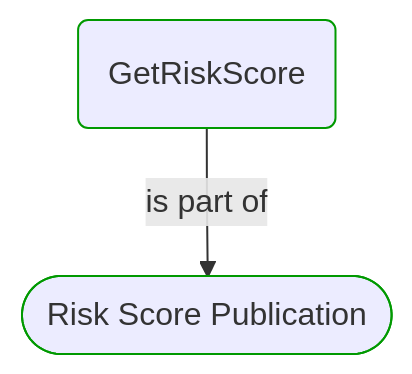
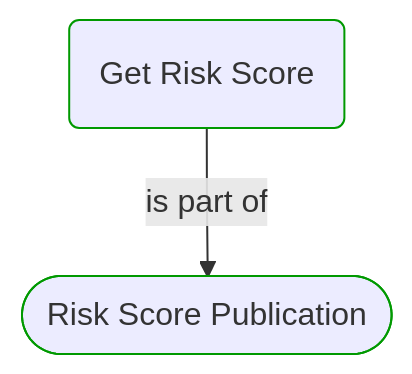
The diagram in Docs/P3/MermaidOutput/Domain/Concepts/RiskManagement/Publication/GetRiskScore.md (itlibrium/DDD-starter-dotnet), drawn with Mermaid before and after one commit. The commit also changed other lines of this file and 51 other files, not shown here.

````diff
--- a/Docs/P3/MermaidOutput/Domain/Concepts/RiskManagement/Publication/GetRiskScore.md
+++ b/Docs/P3/MermaidOutput/Domain/Concepts/RiskManagement/Publication/GetRiskScore.md
@@ -22,11 +22,11 @@
 ```mermaid
   flowchart TB
-    0(GetRiskScore)
+    0(Get Risk Score)
     class 0 DomainPerspective
     1([Risk Score Publication])
     class 1 DomainPerspective
     0-->|is part of|1
     classDef DomainPerspective stroke:#009900
     classDef TechnologyPerspective stroke:#1F41EB
     classDef PeoplePerspective stroke:#FFF014
 ```
````
